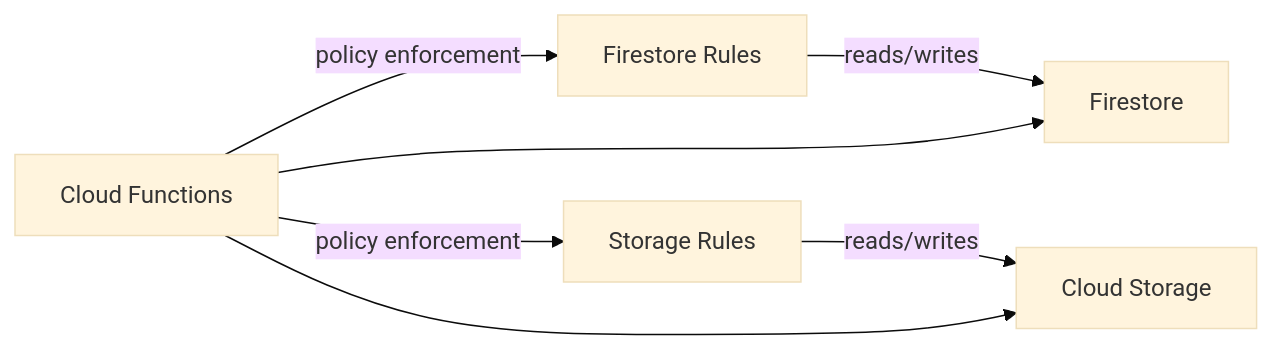
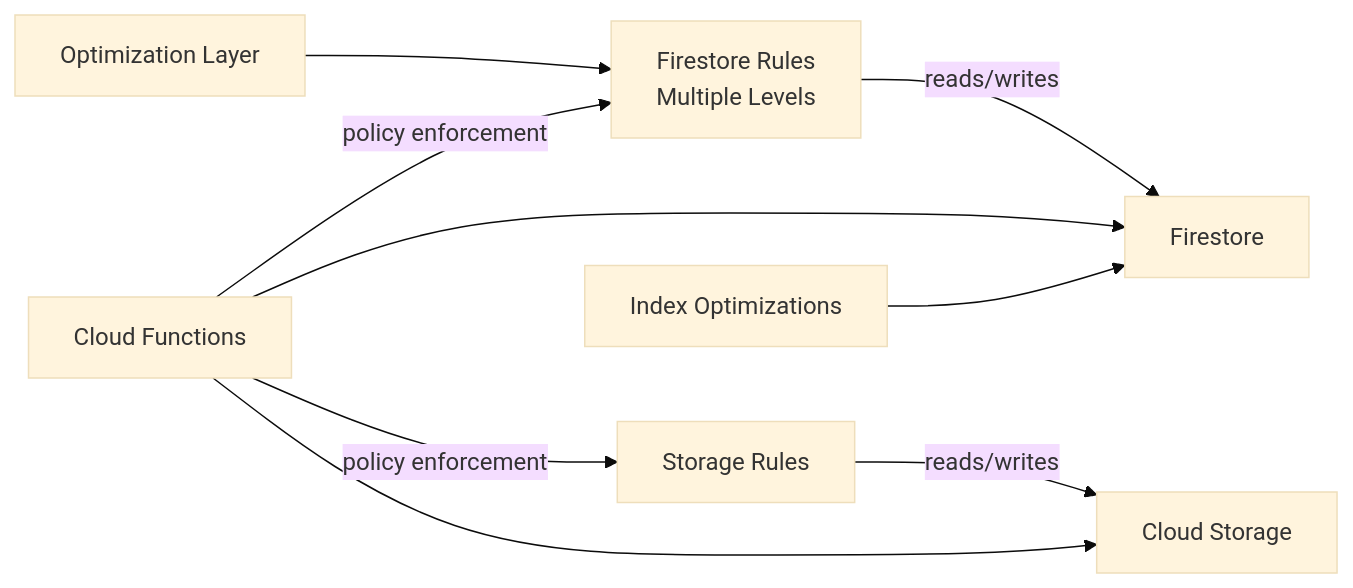
The fifth of 5 diagrams in .qoder/repowiki/en/content/Database Design & Schema/Security Rules & Access Control.md (raihom-netizen/com.gestaoyahwehios.app), drawn with Mermaid (base theme) before and after one commit. The commit also changed other lines of this file and 504 other files, not shown here.

````diff
--- a/.qoder/repowiki/en/content/Database Design & Schema/Security Rules & Access Control.md
+++ b/.qoder/repowiki/en/content/Database Design & Schema/Security Rules & Access Control.md
@@ -252,9 +477,11 @@
 ```mermaid
 graph LR
-R["Firestore Rules"] --> |reads/writes| DB["Firestore"]
+R["Firestore Rules<br/>Multiple Levels"] --> |reads/writes| DB["Firestore"]
 S["Storage Rules"] --> |reads/writes| ST["Cloud Storage"]
+O["Optimization Layer"] --> R
 F["Cloud Functions"] --> DB
 F --> ST
 F --> |policy enforcement| R
 F --> |policy enforcement| S
+IDX["Index Optimizations"] --> DB
 ```
````
